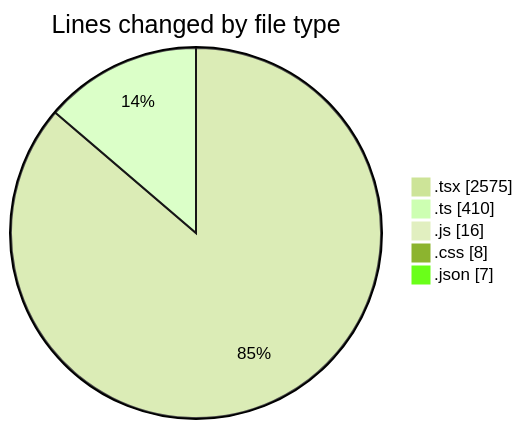
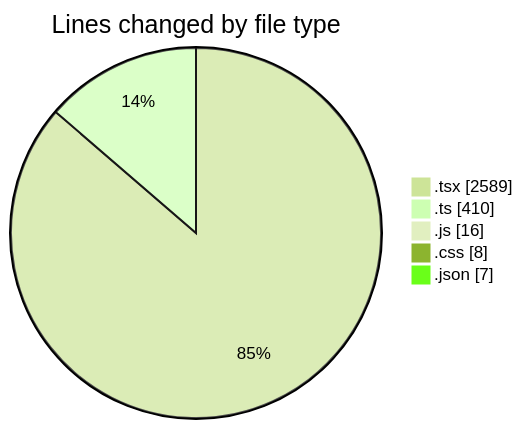
One commit to robertbonfada/code-tracking changed the first of 2 diagrams in 2025-01-17/mbc-web/README.md. Above: the diagram before and after it, drawn with Mermaid (forest theme). The commit also changed other lines of this file and 1 other file, not shown here.

````diff
--- a/2025-01-17/mbc-web/README.md
+++ b/2025-01-17/mbc-web/README.md
@@ -35,9 +35,9 @@
 ```mermaid
 pie showData
 title Lines changed by file type
-".tsx" : 2575
+".tsx" : 2589
 ".ts" : 410
 ".js" : 16
 ".css" : 8
 ".json" : 7
 ```
````
